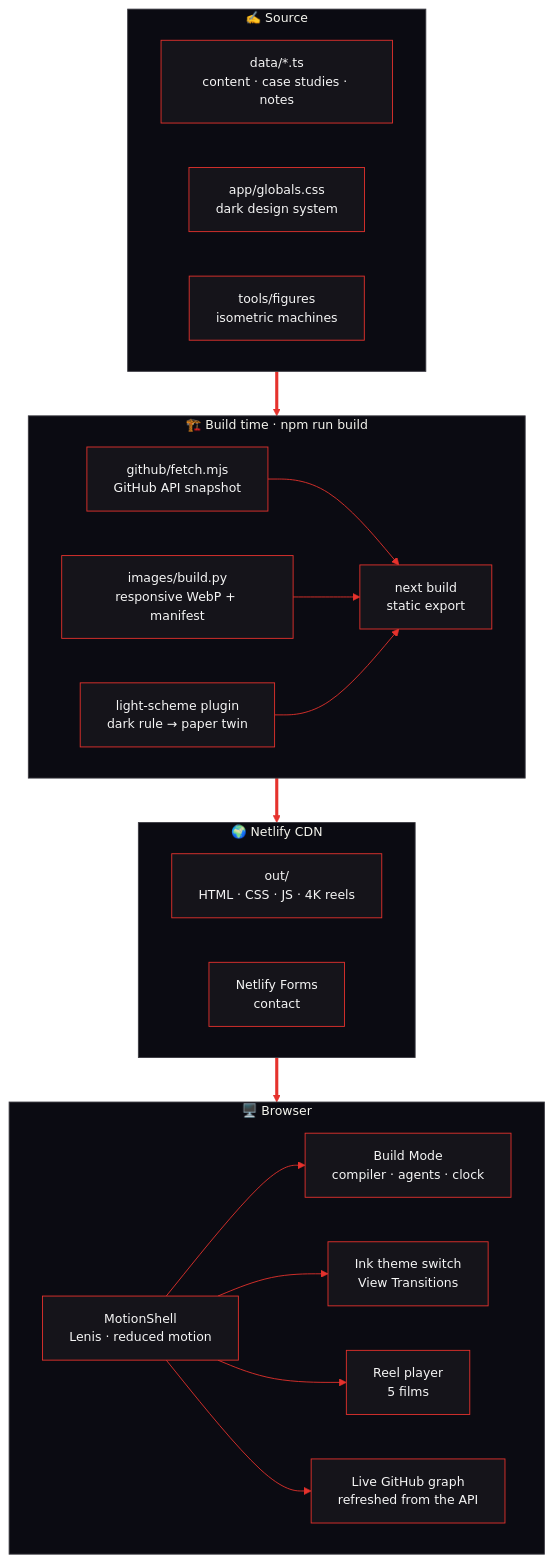
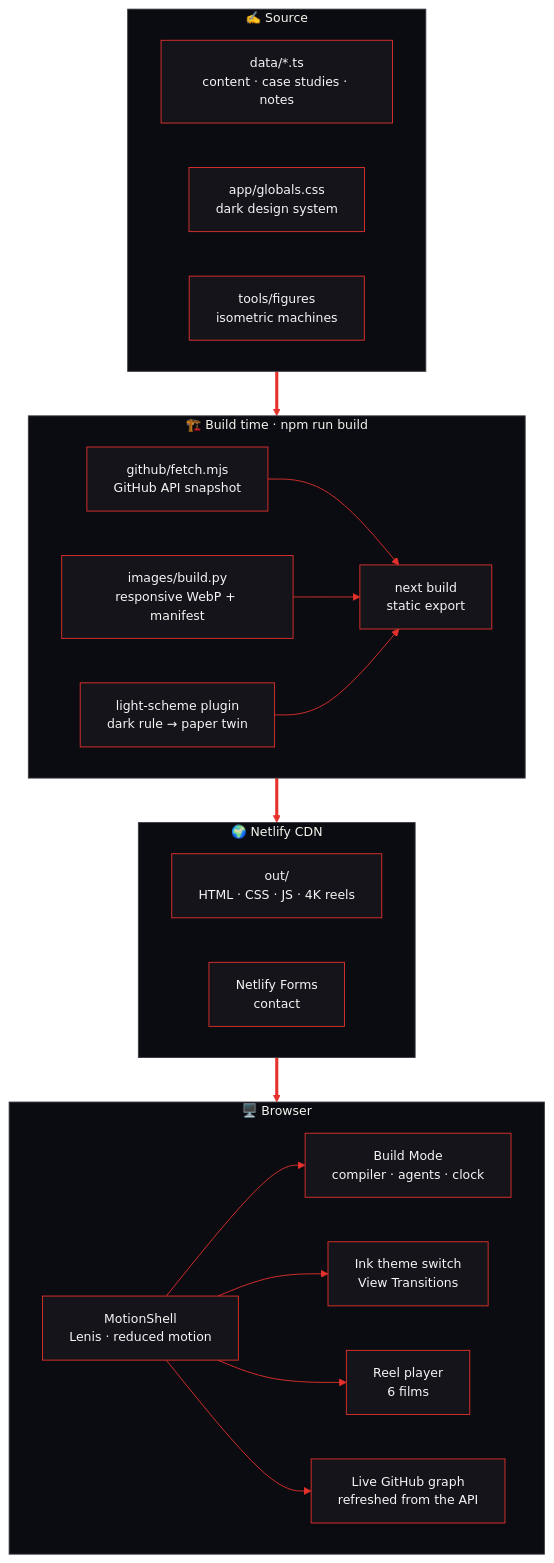
The first of 6 diagrams in README.md (MdKasif0/Portfolio), drawn with Mermaid before and after one commit. The commit also changed other lines of this file and 7 other files, not shown here.

````diff
--- a/README.md
+++ b/README.md
@@ -116,39 +116,39 @@
 ```mermaid
 %%{init: {"theme": "base", "themeVariables": {"fontFamily": "ui-sans-serif, system-ui", "fontSize": "14px", "primaryColor": "#15141a", "primaryTextColor": "#f5f5f5", "primaryBorderColor": "#e5322d", "lineColor": "#e5322d", "secondaryColor": "#1d1c22", "tertiaryColor": "#0b0b12", "clusterBkg": "#0b0b12", "clusterBorder": "#3a3940", "edgeLabelBackground": "#0b0b12"}}}%%
 flowchart TB
   subgraph SRC["✍️  Source"]
     direction LR
     content["data/*.ts<br/>content · case studies · notes"]
     css["app/globals.css<br/>dark design system"]
     figs["tools/figures<br/>isometric machines"]
   end
 
   subgraph BUILD["🏗️  Build time · npm run build"]
     direction LR
     gh["github/fetch.mjs<br/>GitHub API snapshot"]
     img["images/build.py<br/>responsive WebP + manifest"]
     pcss["light-scheme plugin<br/>dark rule → paper twin"]
     next["next build<br/>static export"]
     gh --> next
     img --> next
     pcss --> next
   end
 
   subgraph CDN["🌍  Netlify CDN"]
     direction LR
     out["out/<br/>HTML · CSS · JS · 4K reels"]
     forms["Netlify Forms<br/>contact"]
   end
 
   subgraph CLIENT["🖥️  Browser"]
     direction LR
     shell["MotionShell<br/>Lenis · reduced motion"]
     build["Build Mode<br/>compiler · agents · clock"]
     theme["Ink theme switch<br/>View Transitions"]
-    reel["Reel player<br/>5 films"]
+    reel["Reel player<br/>6 films"]
     live["Live GitHub graph<br/>refreshed from the API"]
     shell --> build & theme & reel & live
   end
 
   SRC ==> BUILD ==> CDN ==> CLIENT
 ```
````
